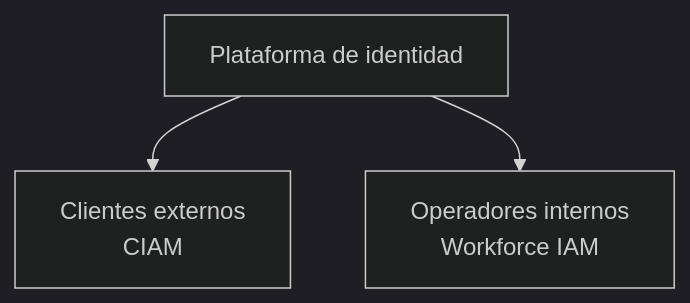
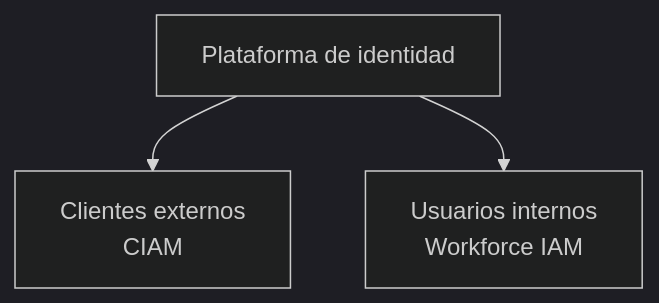
The fifth of 7 diagrams in semanas/semana-02/02-idaas-ciam.md (cmartinezs/DSY1107-DESARROLLO-CLOUD-NATIVE-I-2026-2), drawn with Mermaid (dark theme) before and after one commit. The commit also changed other lines of this file, not shown here.

Commit message:
docs: fix IDaaS content and GitHub-safe Mermaid

````diff
--- a/semanas/semana-02/02-idaas-ciam.md
+++ b/semanas/semana-02/02-idaas-ciam.md
@@ -264,8 +138,5 @@
 ```mermaid
 flowchart TB
-    ID[Plataforma de identidad]
-    EXT[Clientes externos\nCIAM]
-    INT[Operadores internos\nWorkforce IAM]
-    ID --> EXT
-    ID --> INT
+    P["Plataforma de identidad"] --> EXT["Clientes externos<br/>CIAM"]
+    P --> INT["Usuarios internos<br/>Workforce IAM"]
 ```
````
